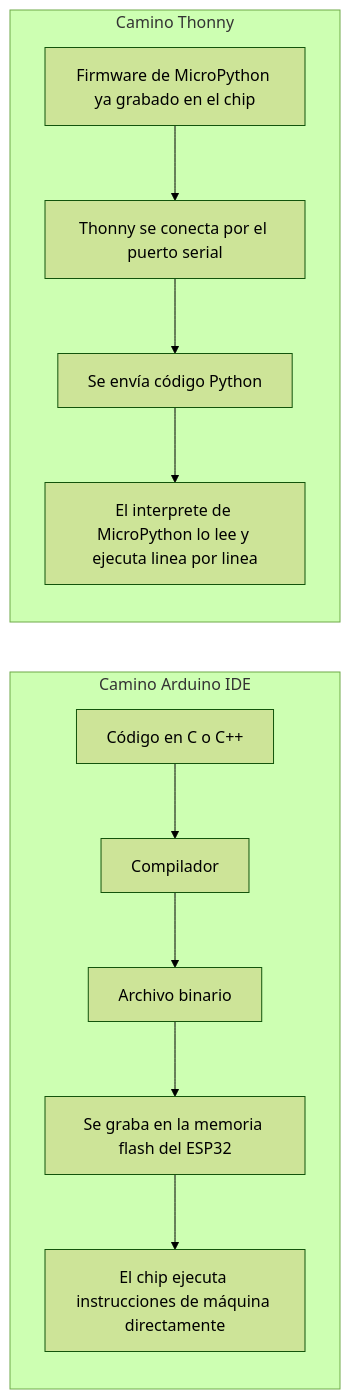
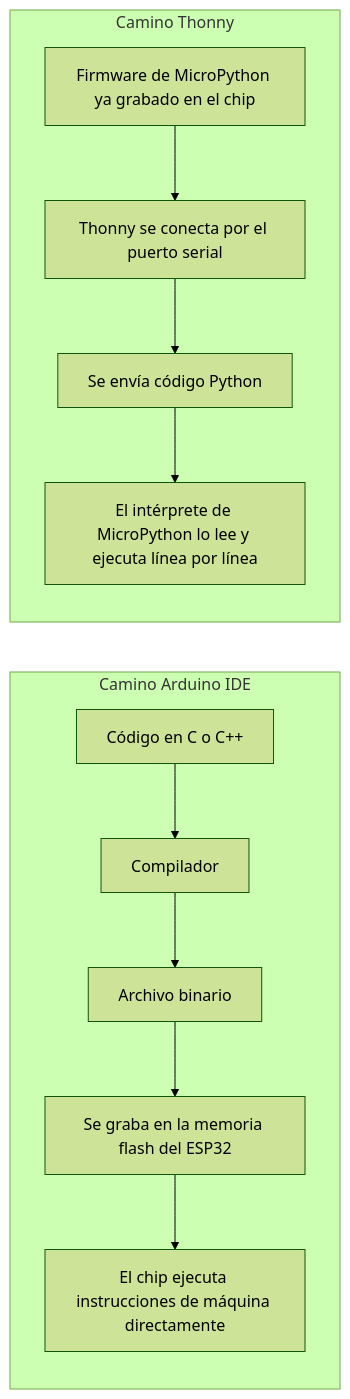
The first of 4 diagrams in 2-lenguajes-thonny/README.md (Dathinel/Sensores-Teoria), drawn with Mermaid (forest theme) before and after one commit. The commit also changed other lines of this file and 154 other files, not shown here.

````diff
--- a/2-lenguajes-thonny/README.md
+++ b/2-lenguajes-thonny/README.md
@@ -15,15 +68,15 @@
 ```mermaid
 flowchart LR
-    subgraph Arduino[Camino Arduino IDE]
-        A1[Código en C o C++] --> A2[Compilador]
-        A2 --> A3[Archivo binario]
-        A3 --> A4[Se graba en la memoria flash del ESP32]
-        A4 --> A5[El chip ejecuta instrucciones de máquina directamente]
+    subgraph Arduino["Camino Arduino IDE"]
+        A1["Código en C o C++"] --> A2["Compilador"]
+        A2 --> A3["Archivo binario"]
+        A3 --> A4["Se graba en la memoria flash del ESP32"]
+        A4 --> A5["El chip ejecuta instrucciones de máquina directamente"]
     end
 
-    subgraph Thonny[Camino Thonny]
-        B1[Firmware de MicroPython ya grabado en el chip] --> B2[Thonny se conecta por el puerto serial]
-        B2 --> B3[Se envía código Python]
-        B3 --> B4[El interprete de MicroPython lo lee y ejecuta linea por linea]
+    subgraph Thonny["Camino Thonny"]
+        B1["Firmware de MicroPython ya grabado en el chip"] --> B2["Thonny se conecta por el puerto serial"]
+        B2 --> B3["Se envía código Python"]
+        B3 --> B4["El intérprete de MicroPython lo lee y ejecuta línea por línea"]
     end
 ```
````
